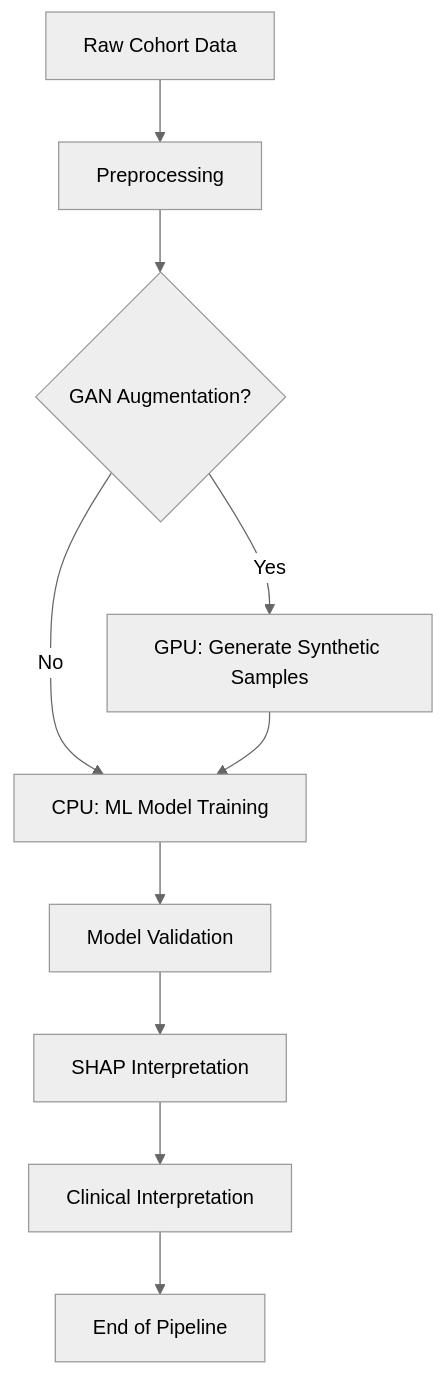
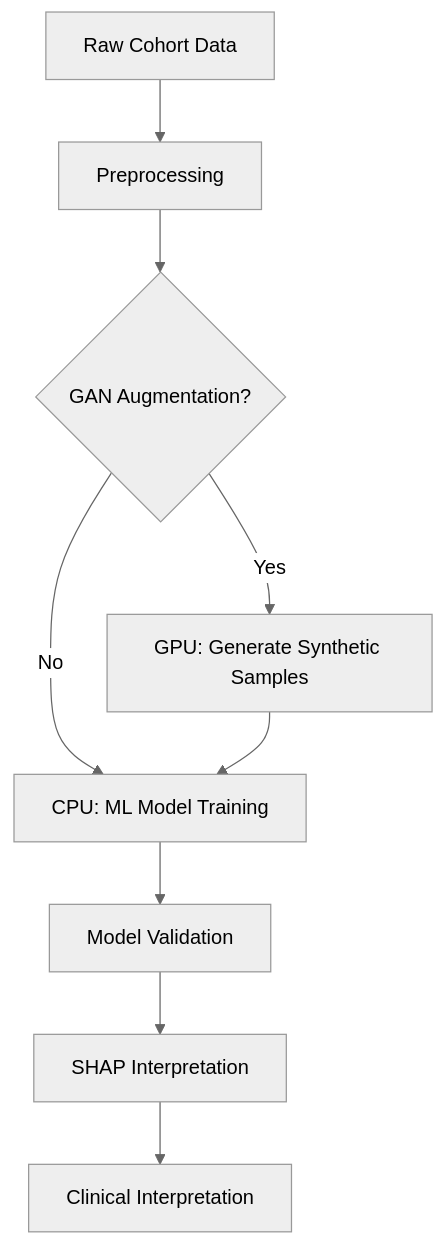
The diagram in Publications & Codes/1_ML_Mental_CVD_Prediction/README.md (AngelaKoloi/Biomedical-Data-Science-Research), drawn with Mermaid (neutral theme) before and after one commit.

````diff
--- a/Publications & Codes/1_ML_Mental_CVD_Prediction/README.md
+++ b/Publications & Codes/1_ML_Mental_CVD_Prediction/README.md
@@ -10,12 +10,11 @@
 ```mermaid
 graph TD
     A[Raw Cohort Data] --> B[Preprocessing]
     B --> C{GAN Augmentation?}
     C -->|Yes| D[GPU: Generate Synthetic Samples]
     C -->|No| E[CPU: ML Model Training]
     D --> E
     E --> F[Model Validation]
     F --> G[SHAP Interpretation]
     G --> H[Clinical Interpretation]
-    H --> I[End of Pipeline]
 ```
````
